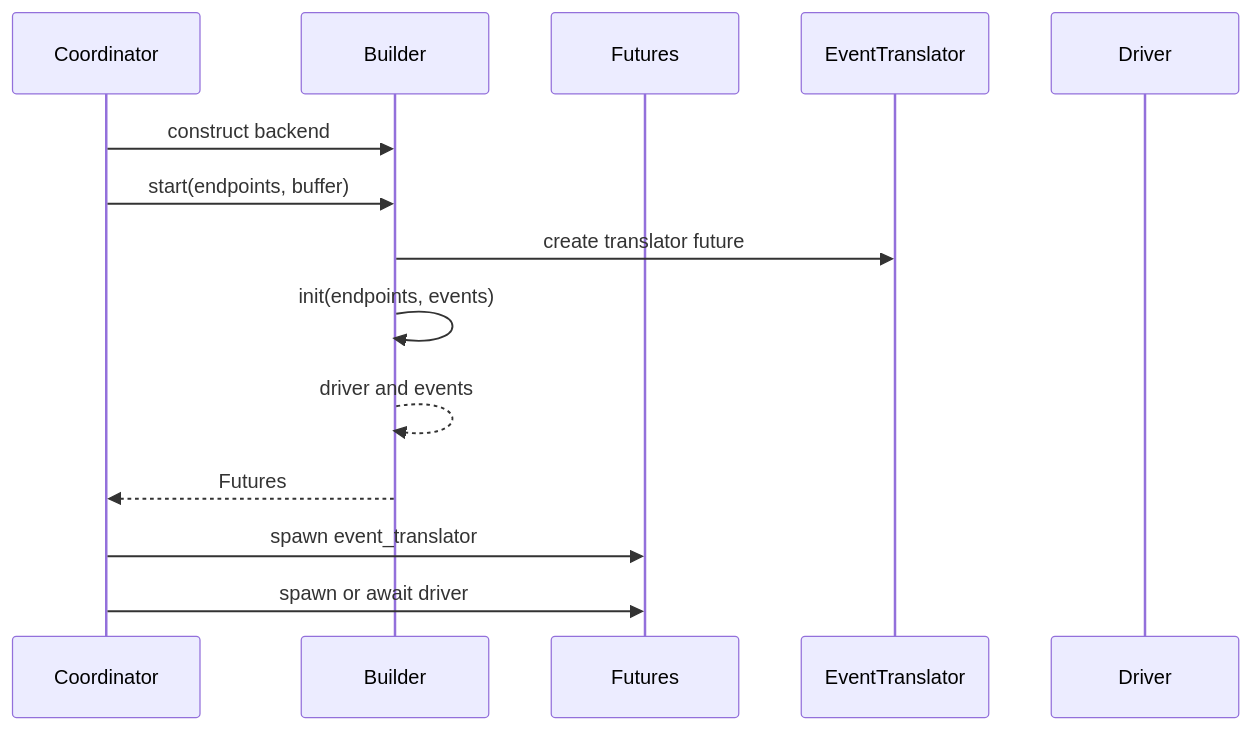
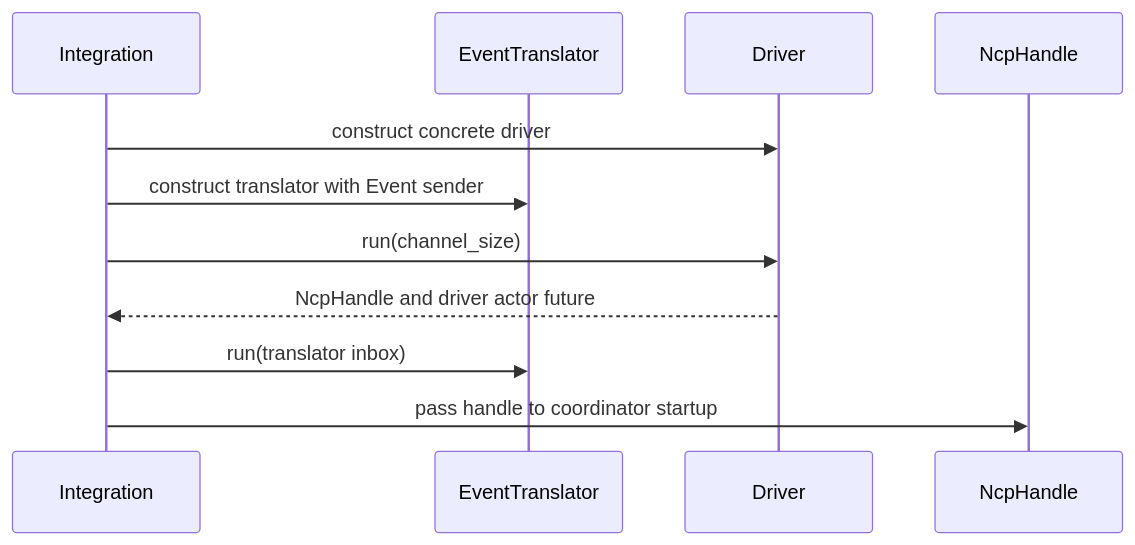
Before and after one commit to PaulmannLighting/apis-saltans: the second of 4 diagrams in hw/ARCHITECTURE.md, drawn with Mermaid. The commit also changed other lines of this file and 6 other files, not shown here.

````diff
--- a/hw/ARCHITECTURE.md
+++ b/hw/ARCHITECTURE.md
@@ -164,17 +144,14 @@
 ```mermaid
 sequenceDiagram
-    participant C as Coordinator;
-    participant B as Builder;
-    participant F as Futures;
+    participant I as Integration;
     participant T as EventTranslator;
     participant D as Driver;
+    participant H as NcpHandle;
 
-    C->>B: construct backend;
-    C->>B: start(endpoints, buffer);
-    B->>T: create translator future;
-    B->>B: init(endpoints, events);
-    B-->>B: driver and events;
-    B-->>C: Futures;
-    C->>F: spawn event_translator;
-    C->>F: spawn or await driver;
+    I->>D: construct concrete driver;
+    I->>T: construct translator with Event sender;
+    I->>D: run(channel_size);
+    D-->>I: NcpHandle and driver actor future;
+    I->>T: run(translator inbox);
+    I->>H: pass handle to coordinator startup;
 ```
````
